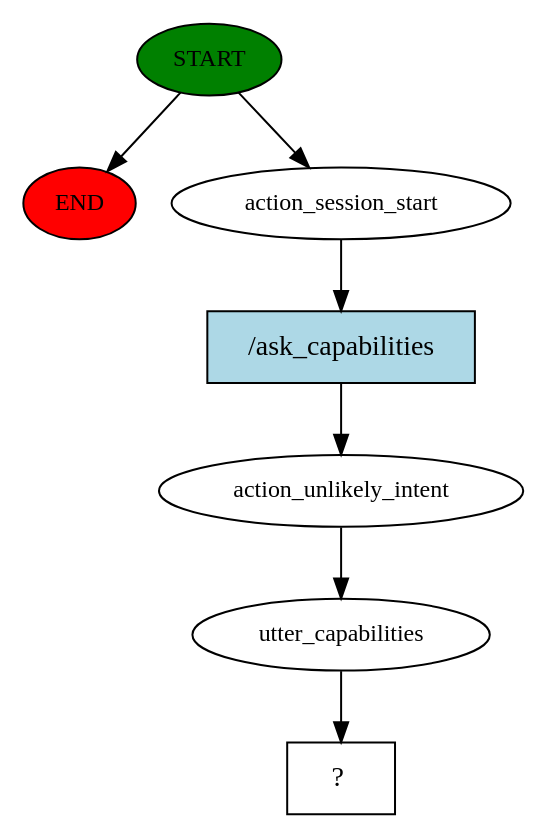
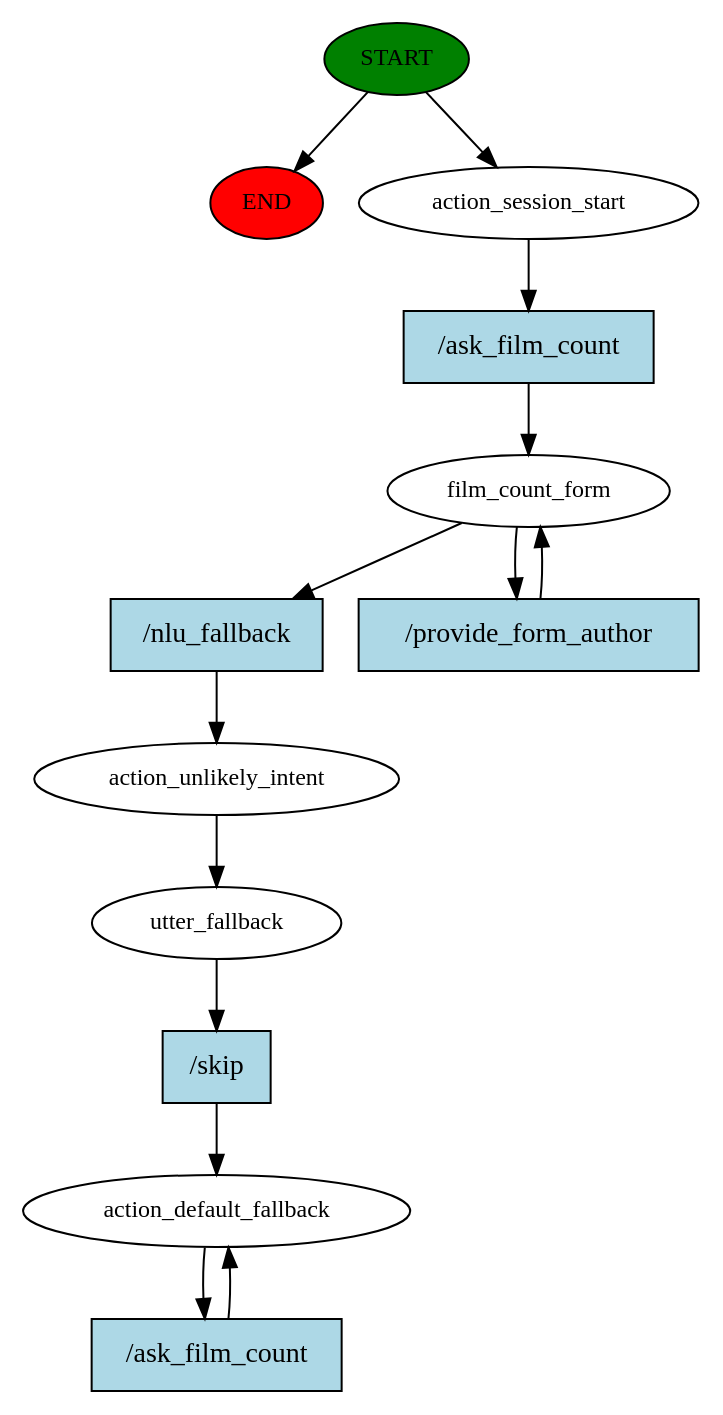
The diagram in story_graph.dot (LauraFe01/FilmChatbot), drawn with Graphviz before and after one commit. The commit also changed 59 other files, not shown here.

```diff
--- a/story_graph.dot
+++ b/story_graph.dot
@@ -1,15 +1,27 @@
 digraph  {
 0 [class="start active", fillcolor=green, fontsize=12, label=START, style=filled];
 "-1" [class=end, fillcolor=red, fontsize=12, label=END, style=filled];
 1 [class=active, fontsize=12, label=action_session_start];
-2 [class=active, fontsize=12, label=action_unlikely_intent];
-3 [class=active, fontsize=12, label=utter_capabilities];
-4 [class="intent dashed active", label="  ?  ", shape=rect];
-5 [class="intent active", fillcolor=lightblue, label="/ask_capabilities", shape=rect, style=filled];
+2 [class=active, fontsize=12, label=film_count_form];
+4 [class=active, fontsize=12, label=action_unlikely_intent];
+5 [class=active, fontsize=12, label=utter_fallback];
+6 [class="active dashed", fontsize=12, label=action_default_fallback];
+8 [class="intent active", fillcolor=lightblue, label="/ask_film_count", shape=rect, style=filled];
+9 [class="intent active", fillcolor=lightblue, label="/nlu_fallback", shape=rect, style=filled];
+10 [class="intent active", fillcolor=lightblue, label="/provide_form_author", shape=rect, style=filled];
+11 [class="intent active", fillcolor=lightblue, label="/skip", shape=rect, style=filled];
+12 [class="intent active", fillcolor=lightblue, label="/ask_film_count", shape=rect, style=filled];
 0 -> "-1"  [class="", key=NONE, label=""];
 0 -> 1  [class=active, key=NONE, label=""];
-1 -> 5  [class=active, key=0];
-2 -> 3  [class=active, key=NONE, label=""];
-3 -> 4  [class=active, key=NONE, label=""];
-5 -> 2  [class=active, key=0];
+1 -> 8  [class=active, key=0];
+2 -> 9  [class=active, key=0];
+2 -> 10  [class=active, key=0];
+4 -> 5  [class=active, key=NONE, label=""];
+5 -> 11  [class=active, key=0];
+6 -> 12  [class=active, key=0];
+8 -> 2  [class=active, key=0];
+9 -> 4  [class=active, key=0];
+10 -> 2  [class=active, key=0];
+11 -> 6  [class=active, key=0];
+12 -> 6  [class=active, key=0];
 }
```
